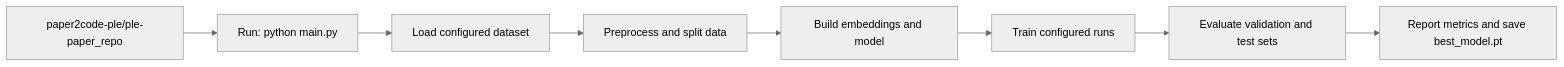
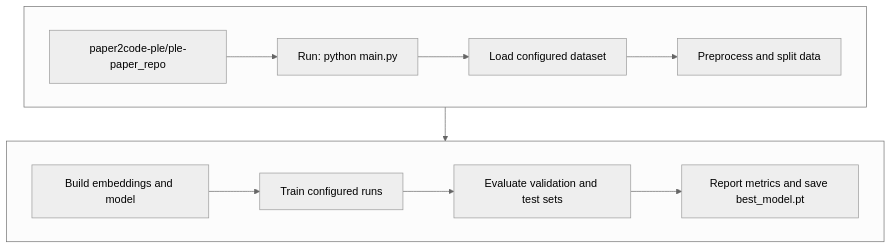
Before and after one commit to jimthompson5802/paper2code-ple: the fifth of 5 diagrams in README.md, drawn with Mermaid (neutral theme). The commit also changed other lines of this file, not shown here.

Commit message:
Refactor flowcharts in README.md for improved clarity and organization

````diff
--- a/README.md
+++ b/README.md
@@ -113,4 +134,12 @@
 ```mermaid
-flowchart LR
-  implementation[paper2code-ple/ple-paper_repo] --> run[Run: python main.py] --> data[Load configured dataset] --> preprocess[Preprocess and split data] --> build[Build embeddings and model] --> train[Train configured runs] --> evaluate[Evaluate validation and test sets] --> output[Report metrics and save best_model.pt]
+flowchart TB
+  subgraph runtime_top[" "]
+    direction LR
+    implementation[paper2code-ple/ple-paper_repo] --> run[Run: python main.py] --> data[Load configured dataset] --> preprocess[Preprocess and split data]
+  end
+  subgraph runtime_bottom[" "]
+    direction LR
+    build[Build embeddings and model] --> train[Train configured runs] --> evaluate[Evaluate validation and test sets] --> output[Report metrics and save best_model.pt]
+  end
+  preprocess --> build
 ```
````
